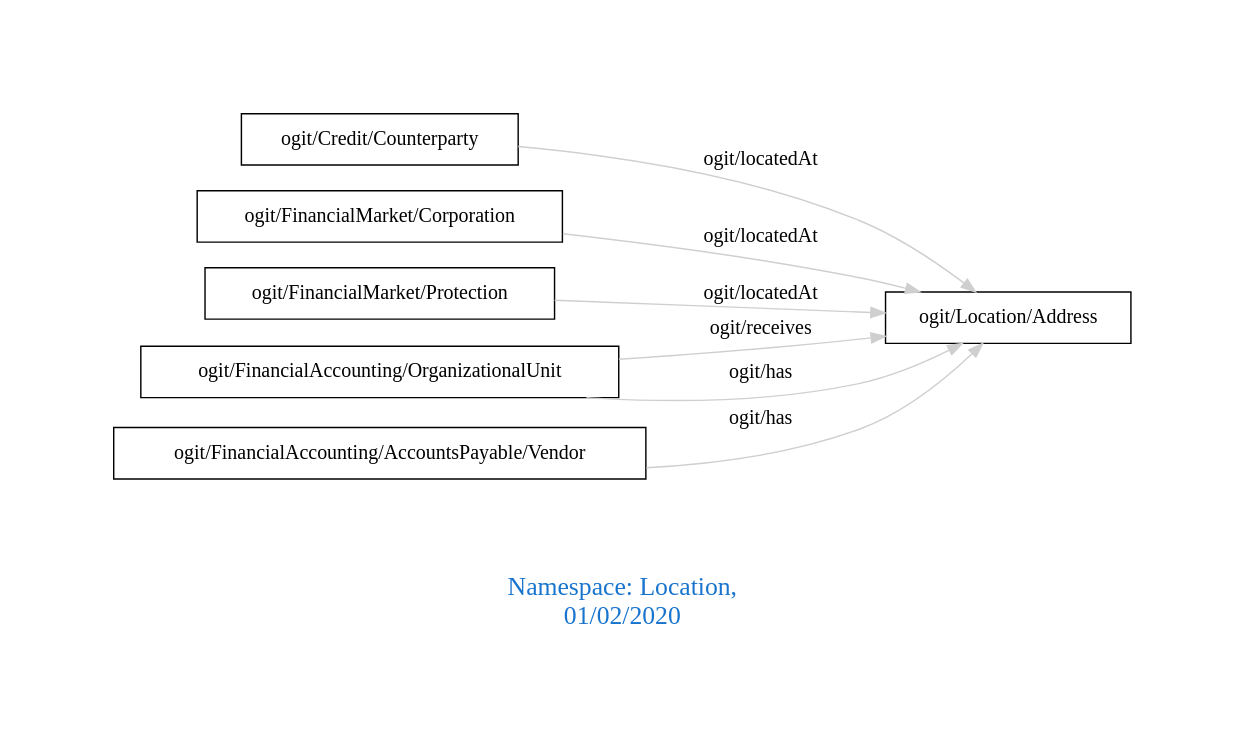
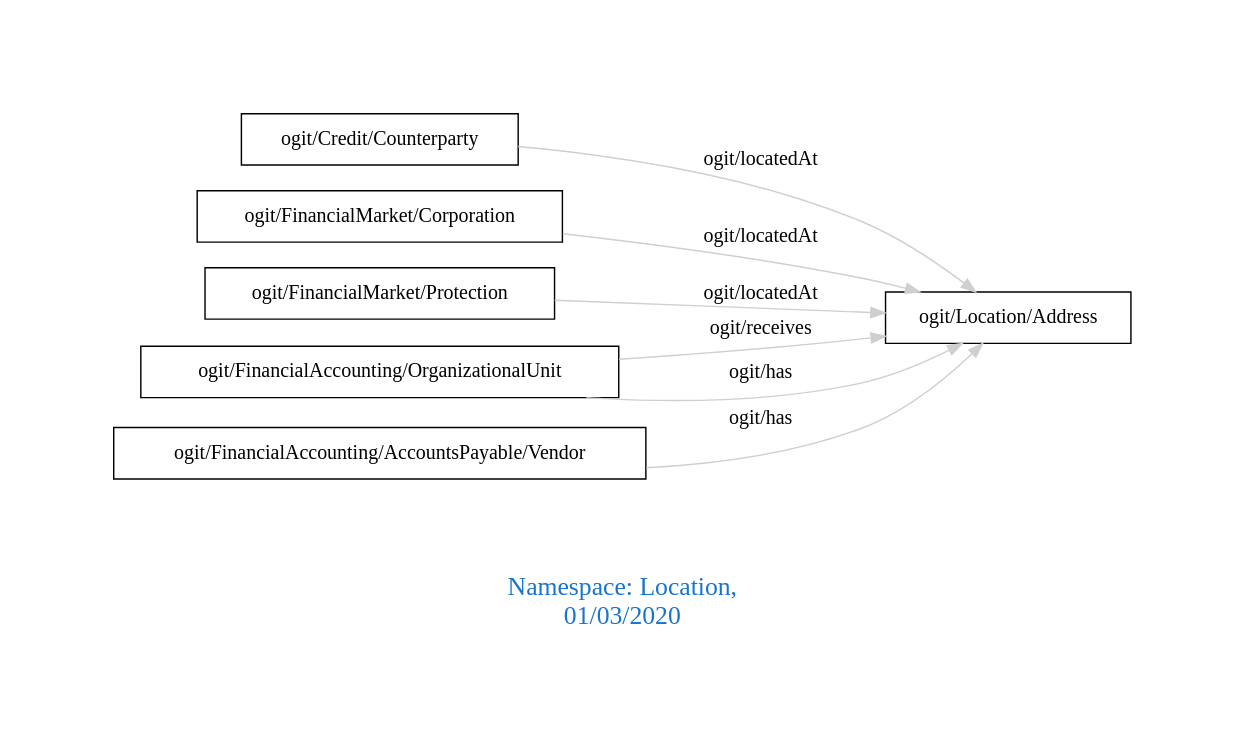
Before and after one commit to arago/OGIT: the diagram in downloads/Location.dot, drawn with Graphviz. The commit also changed 1654 other files, not shown here.

```diff
--- a/downloads/Location.dot
+++ b/downloads/Location.dot
@@ -1,14 +1,14 @@
 digraph OGIT_ontology {
  graph [ rankdir= LR,pad=1 
 fontsize = 18,
-fontcolor= dodgerblue3,label = "\n\n\nNamespace: Location, \n 01/02/2020"];
+fontcolor= dodgerblue3,label = "\n\n\nNamespace: Location, \n 01/03/2020"];
 node[shape=polygon];
 edge [  color="gray81"];
 
    "ogit/Credit/Counterparty" -> "ogit/Location/Address" [label="   ogit/locatedAt    "];
    "ogit/FinancialMarket/Corporation" -> "ogit/Location/Address" [label="   ogit/locatedAt    "];
    "ogit/FinancialMarket/Protection" -> "ogit/Location/Address" [label="   ogit/locatedAt    "];
    "ogit/FinancialAccounting/OrganizationalUnit" -> "ogit/Location/Address" [label="   ogit/receives    "];
    "ogit/FinancialAccounting/AccountsPayable/Vendor" -> "ogit/Location/Address" [label="   ogit/has    "];
    "ogit/FinancialAccounting/OrganizationalUnit" -> "ogit/Location/Address" [label="   ogit/has    "];
 }
```
